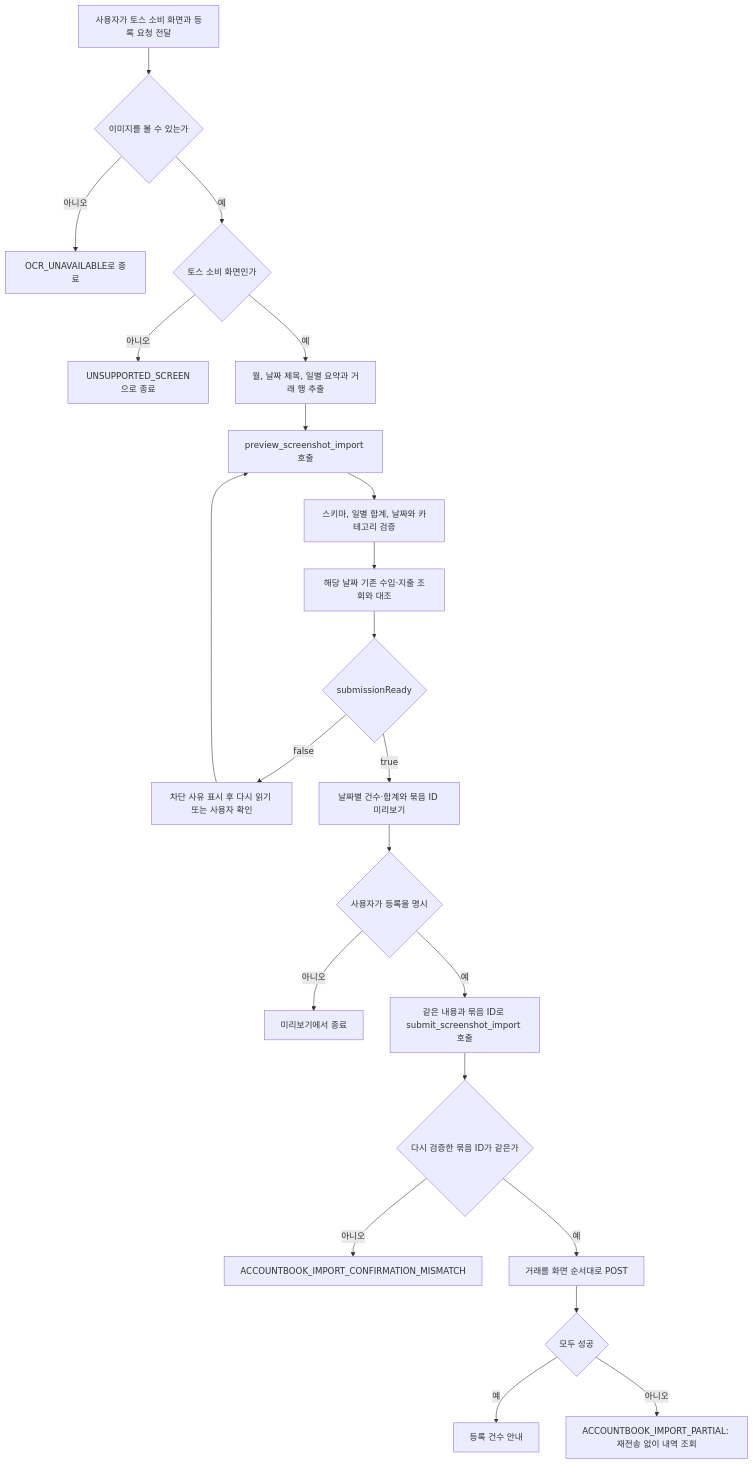
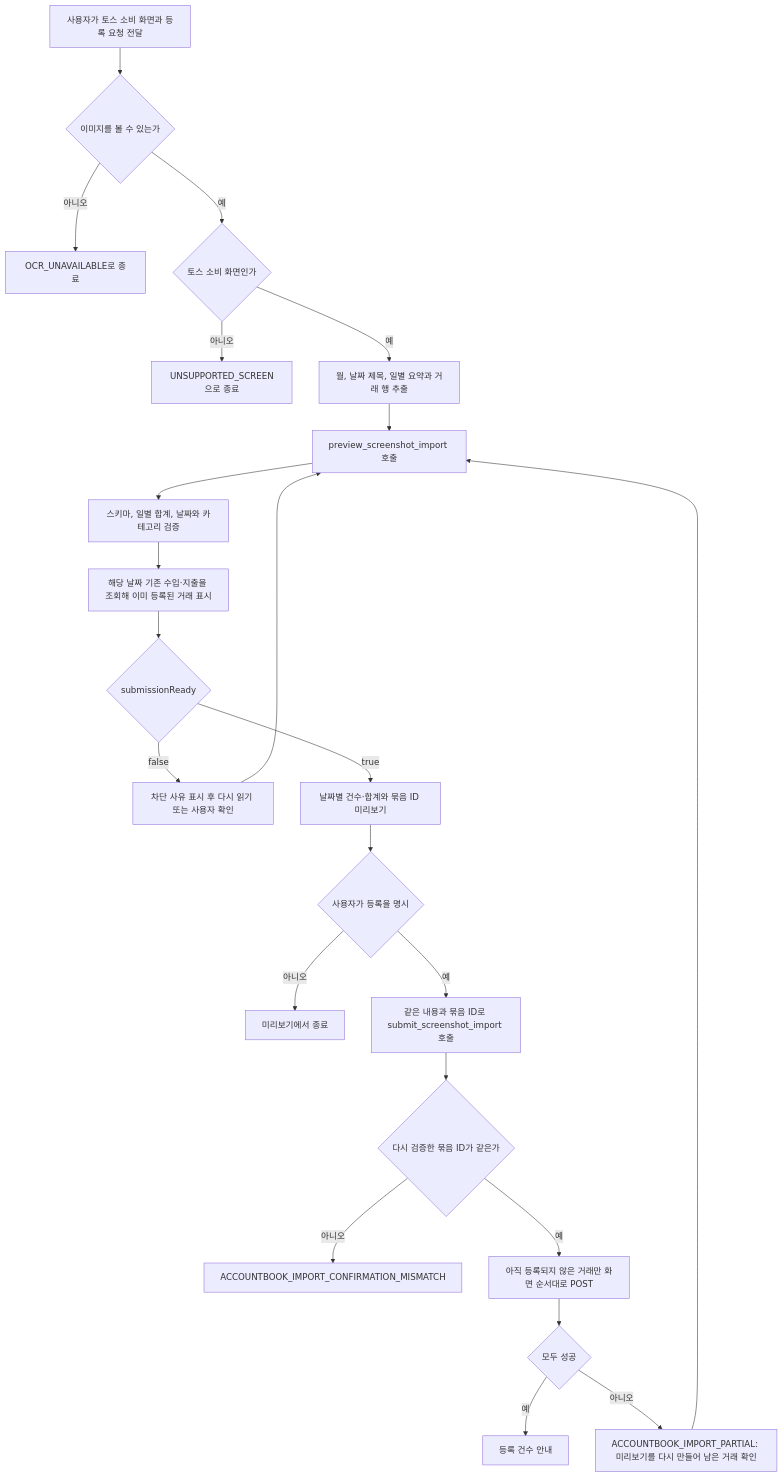
Before and after one commit to jon890/fos-agents: the first of 2 diagrams in accountbook/docs/flow.md, drawn with Mermaid. The commit also changed other lines of this file and 9 other files, not shown here.

First line of the commit message:
feat(accountbook): 화면 가져오기가 이미 등록된 거래를 건너뛰고 남은 것만 등록한다

````diff
--- a/accountbook/docs/flow.md
+++ b/accountbook/docs/flow.md
@@ -5,24 +5,25 @@
 ```mermaid
 flowchart TD
   A[사용자가 토스 소비 화면과 등록 요청 전달] --> B{이미지를 볼 수 있는가}
   B -->|아니오| C[OCR_UNAVAILABLE로 종료]
   B -->|예| D{토스 소비 화면인가}
   D -->|아니오| E[UNSUPPORTED_SCREEN으로 종료]
   D -->|예| F[월, 날짜 제목, 일별 요약과 거래 행 추출]
   F --> G[preview_screenshot_import 호출]
   G --> H[스키마, 일별 합계, 날짜와 카테고리 검증]
-  H --> I[해당 날짜 기존 수입·지출 조회와 대조]
+  H --> I[해당 날짜 기존 수입·지출을 조회해 이미 등록된 거래 표시]
   I --> J{submissionReady}
   J -->|false| K[차단 사유 표시 후 다시 읽기 또는 사용자 확인]
   K --> G
   J -->|true| L[날짜별 건수·합계와 묶음 ID 미리보기]
   L --> M{사용자가 등록을 명시}
   M -->|아니오| N[미리보기에서 종료]
   M -->|예| O[같은 내용과 묶음 ID로 submit_screenshot_import 호출]
   O --> P{다시 검증한 묶음 ID가 같은가}
   P -->|아니오| Q[ACCOUNTBOOK_IMPORT_CONFIRMATION_MISMATCH]
-  P -->|예| R[거래를 화면 순서대로 POST]
+  P -->|예| R[아직 등록되지 않은 거래만 화면 순서대로 POST]
   R --> S{모두 성공}
   S -->|예| T[등록 건수 안내]
-  S -->|아니오| U[ACCOUNTBOOK_IMPORT_PARTIAL: 재전송 없이 내역 조회]
+  S -->|아니오| U[ACCOUNTBOOK_IMPORT_PARTIAL: 미리보기를 다시 만들어 남은 거래 확인]
+  U --> G
 ```
````
